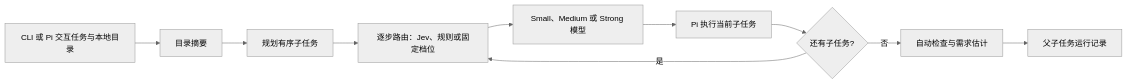
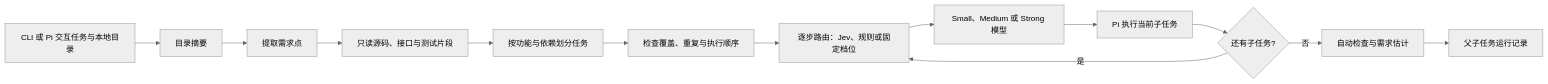
Before and after one commit to tinksfh/RouterCoder-Coding-Agent: the diagram in README.md, drawn with Mermaid (neutral theme). The commit also changed other lines of this file and 14 other files, not shown here.

````diff
--- a/README.md
+++ b/README.md
@@ -115,12 +146,15 @@
 ```mermaid
 flowchart LR
   A[CLI 或 Pi 交互任务与本地目录] --> B[目录摘要]
-  B --> C[规划有序子任务]
-  C --> D[逐步路由：Jev、规则或固定档位]
+  B --> R[提取需求点]
+  R --> S[只读源码、接口与测试片段]
+  S --> C[按功能与依赖划分任务]
+  C --> V[检查覆盖、重复与执行顺序]
+  V --> D[逐步路由：Jev、规则或固定档位]
   D --> E[Small、Medium 或 Strong 模型]
   E --> F[Pi 执行当前子任务]
   F --> I{还有子任务?}
   I -- 是 --> D
   I -- 否 --> G[自动检查与需求估计]
   G --> H[父子任务运行记录]
 ```
````
